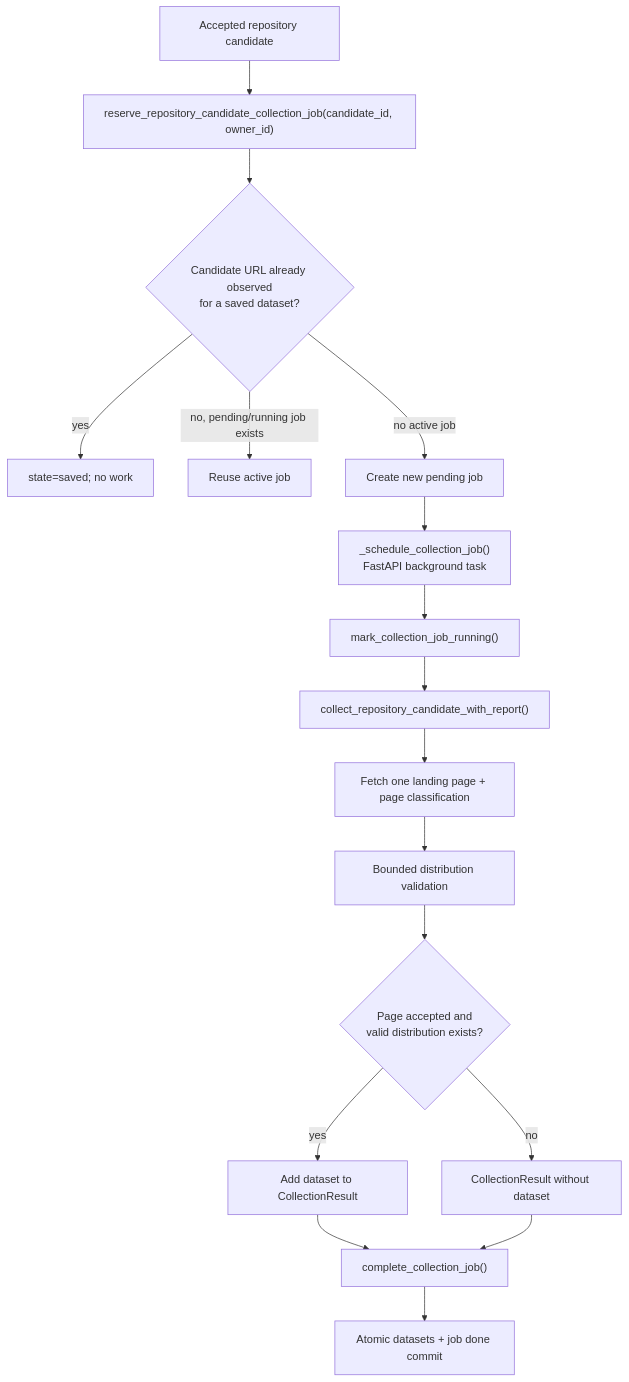
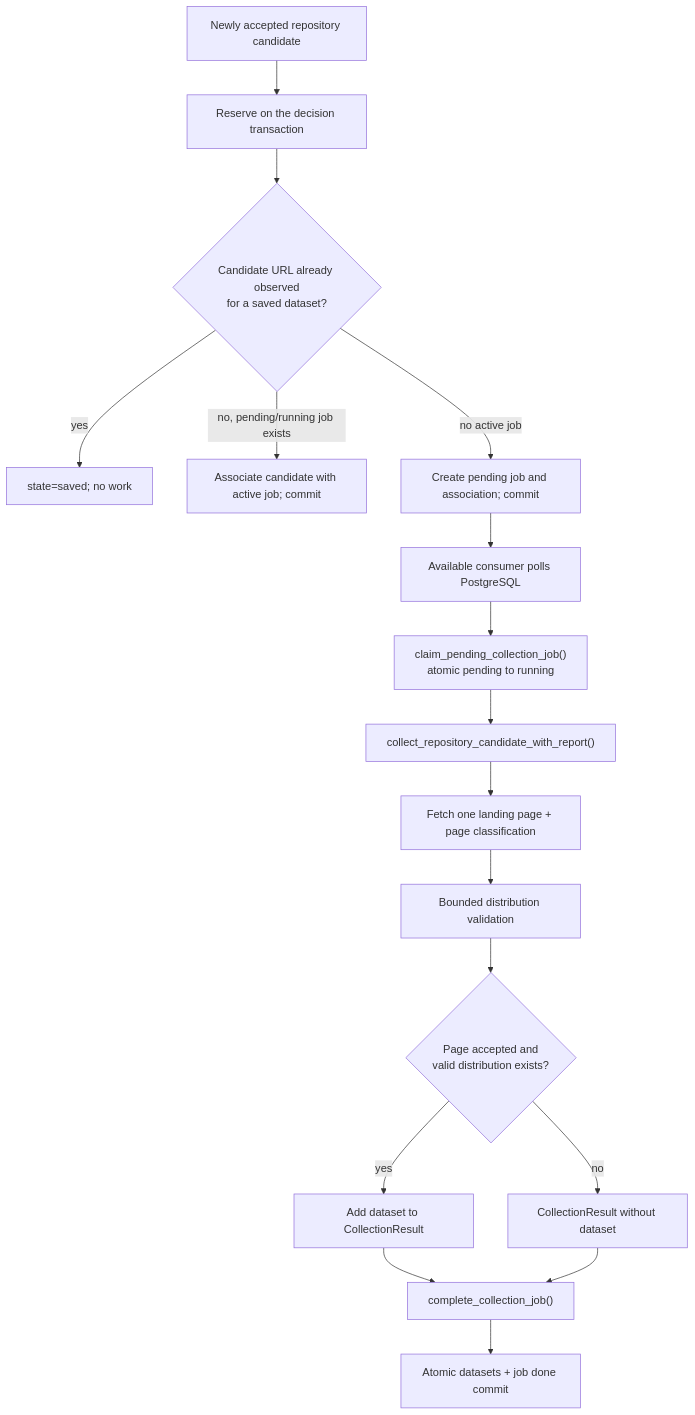
The third of 3 diagrams in docs/collector-pipeline-diagram.md (nicolasberlin/global-health-dataset-catalog), drawn with Mermaid before and after one commit. The commit also changed other lines of this file and 18 other files, not shown here.

Commit message:
Persist collection dispatch and make accepted classification reads idempotent

````diff
--- a/docs/collector-pipeline-diagram.md
+++ b/docs/collector-pipeline-diagram.md
@@ -67,19 +71,19 @@
 ```mermaid
 flowchart TD
-    Candidate["Accepted repository candidate"] --> Reserve["reserve_repository_candidate_collection_job(candidate_id, owner_id)"]
+    Candidate["Newly accepted repository candidate"] --> Reserve["Reserve on the decision transaction"]
     Reserve --> Saved{"Candidate URL already observed<br/>for a saved dataset?"}
     Saved -->|yes| Already["state=saved; no work"]
-    Saved -->|no, pending/running job exists| Reuse["Reuse active job"]
-    Saved -->|no active job| Pending["Create new pending job"]
-    Pending --> Schedule["_schedule_collection_job()<br/>FastAPI background task"]
-    Schedule --> Running["mark_collection_job_running()"]
+    Saved -->|no, pending/running job exists| Reuse["Associate candidate with active job; commit"]
+    Saved -->|no active job| Pending["Create pending job and association; commit"]
+    Pending --> Schedule["Available consumer polls PostgreSQL"]
+    Schedule --> Running["claim_pending_collection_job()<br/>atomic pending to running"]
     Running --> CandidateCollect["collect_repository_candidate_with_report()"]
     CandidateCollect --> Page["Fetch one landing page + page classification"]
     Page --> Distribution["Bounded distribution validation"]
     Distribution --> Eligible{"Page accepted and<br/>valid distribution exists?"}
     Eligible -->|yes| Result["Add dataset to CollectionResult"]
     Eligible -->|no| EmptyResult["CollectionResult without dataset"]
     Result --> Complete["complete_collection_job()"]
     EmptyResult --> Complete
     Complete --> Done["Atomic datasets + job done commit"]
 ```
````
